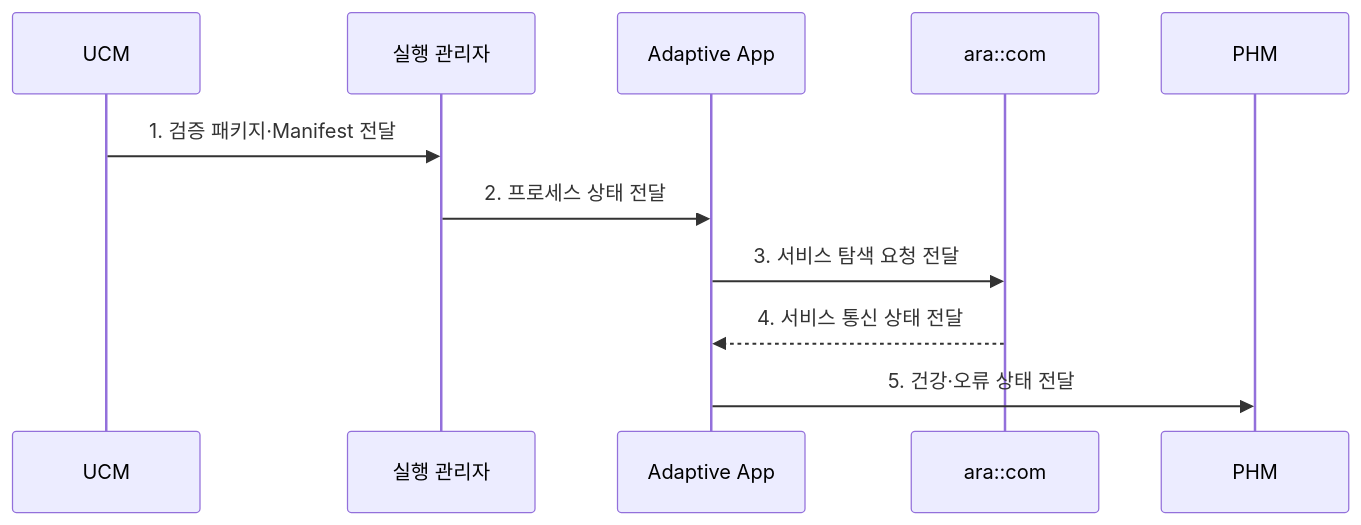
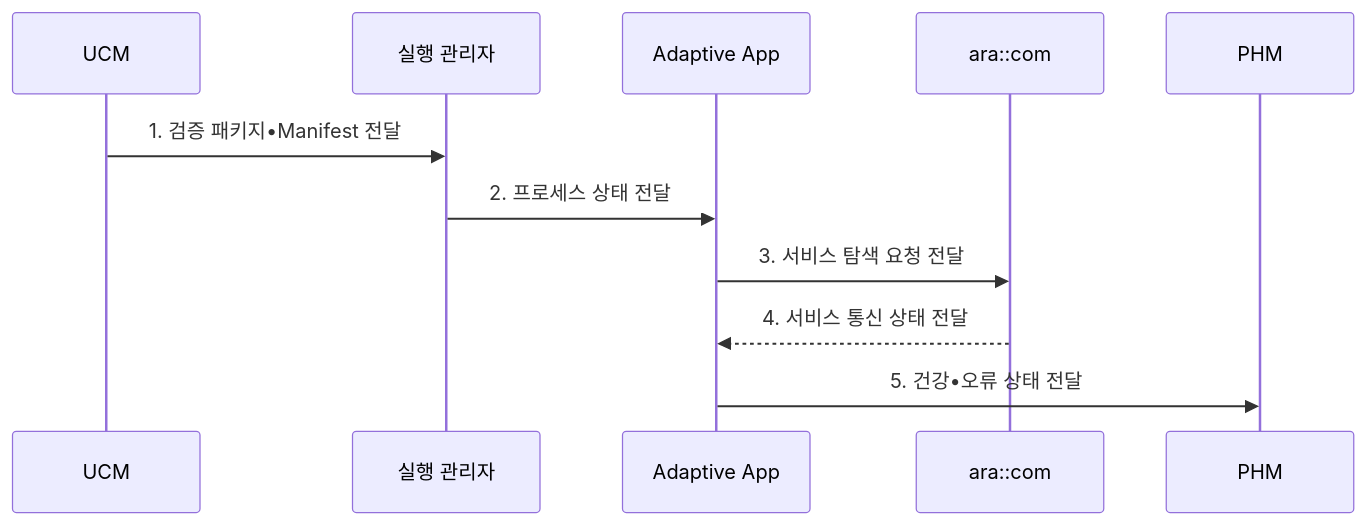
The second of 2 diagrams in src/content/docs/notes/08-latest-tech/206_autosar_adaptive.md (agnusdei1207/knowledge-base), drawn with Mermaid before and after one commit. The commit also changed other lines of this file and 953 other files, not shown here.

````diff
--- a/src/content/docs/notes/08-latest-tech/206_autosar_adaptive.md
+++ b/src/content/docs/notes/08-latest-tech/206_autosar_adaptive.md
@@ -103,13 +103,13 @@
 ```mermaid
 sequenceDiagram
     participant U as UCM
     participant E as 실행 관리자
     participant A as Adaptive App
     participant C as ara::com
     participant H as PHM
-    U->>E: 1. 검증 패키지·Manifest 전달
+    U->>E: 1. 검증 패키지•Manifest 전달
     E->>A: 2. 프로세스 상태 전달
     A->>C: 3. 서비스 탐색 요청 전달
     C-->>A: 4. 서비스 통신 상태 전달
-    A->>H: 5. 건강·오류 상태 전달
+    A->>H: 5. 건강•오류 상태 전달
 ```
````
